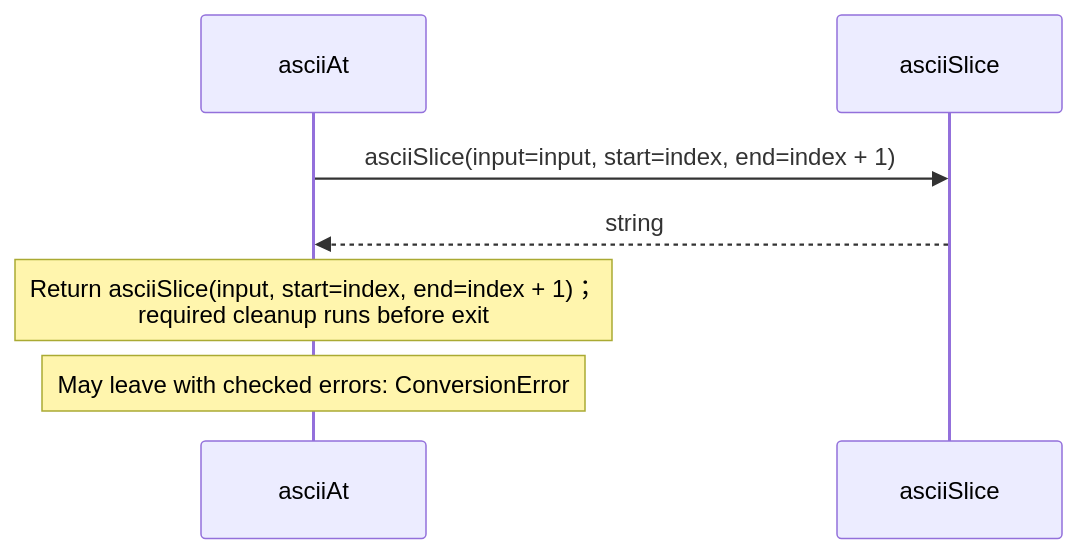
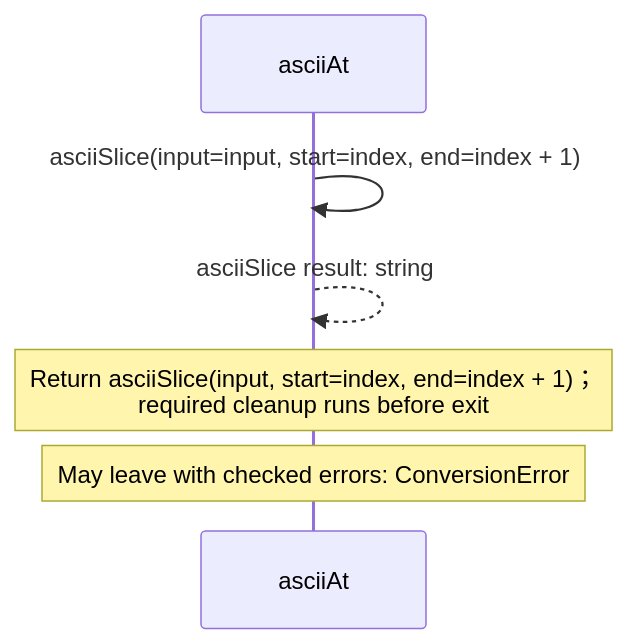
Before and after one commit to GreenPandaStudios/augscript: the second of 4 diagrams in src/stdlib/values/ascii.aug.diagrams.md, drawn with Mermaid. The commit also changed other lines of this file and 304 other files, not shown here.

Commit message:
Make generated data-flow sequences concise and review every diagram

````diff
--- a/src/stdlib/values/ascii.aug.diagrams.md
+++ b/src/stdlib/values/ascii.aug.diagrams.md
@@ -56,9 +43,9 @@
 ```mermaid
 sequenceDiagram
     participant p0 as asciiAt
-    participant p1 as asciiSlice
-    p0->>p1: asciiSlice(input=input, start=index, end=index + 1)
-    p1-->>p0: string
+
+    p0->>p0: asciiSlice(input=input, start=index, end=index + 1)
+    p0-->>p0: asciiSlice result: string
     Note over p0: Return asciiSlice(input, start=index, end=index + 1)；<br/>required cleanup runs before exit
     Note over p0: May leave with checked errors: ConversionError
 ```
````
